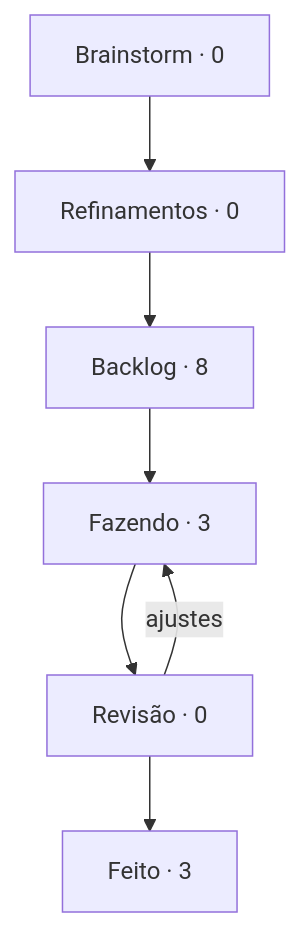
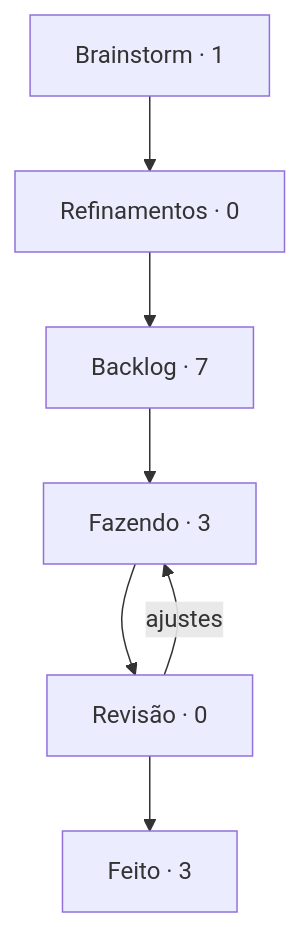
Before and after one commit to StudioVibi/VibiKanban: the diagram in boards/harness/BOARD.md, drawn with Mermaid. The commit also changed other lines of this file and 1 other file, not shown here.

Commit message:
board: HN-10 Backlog → Brainstorm (@Ostrowskii)

````diff
--- a/boards/harness/BOARD.md
+++ b/boards/harness/BOARD.md
@@ -5,12 +5,12 @@
 ```mermaid
 flowchart TD
-  brainstorm["Brainstorm · 0"] --> refinamentos["Refinamentos · 0"]
-  refinamentos --> backlog["Backlog · 8"]
+  brainstorm["Brainstorm · 1"] --> refinamentos["Refinamentos · 0"]
+  refinamentos --> backlog["Backlog · 7"]
   backlog --> doing["Fazendo · 3"]
   doing --> review["Revisão · 0"]
   review --> done["Feito · 3"]
   review -->|ajustes| doing
   doing:::blue
   review:::yellow
   done:::green
 ```
````
